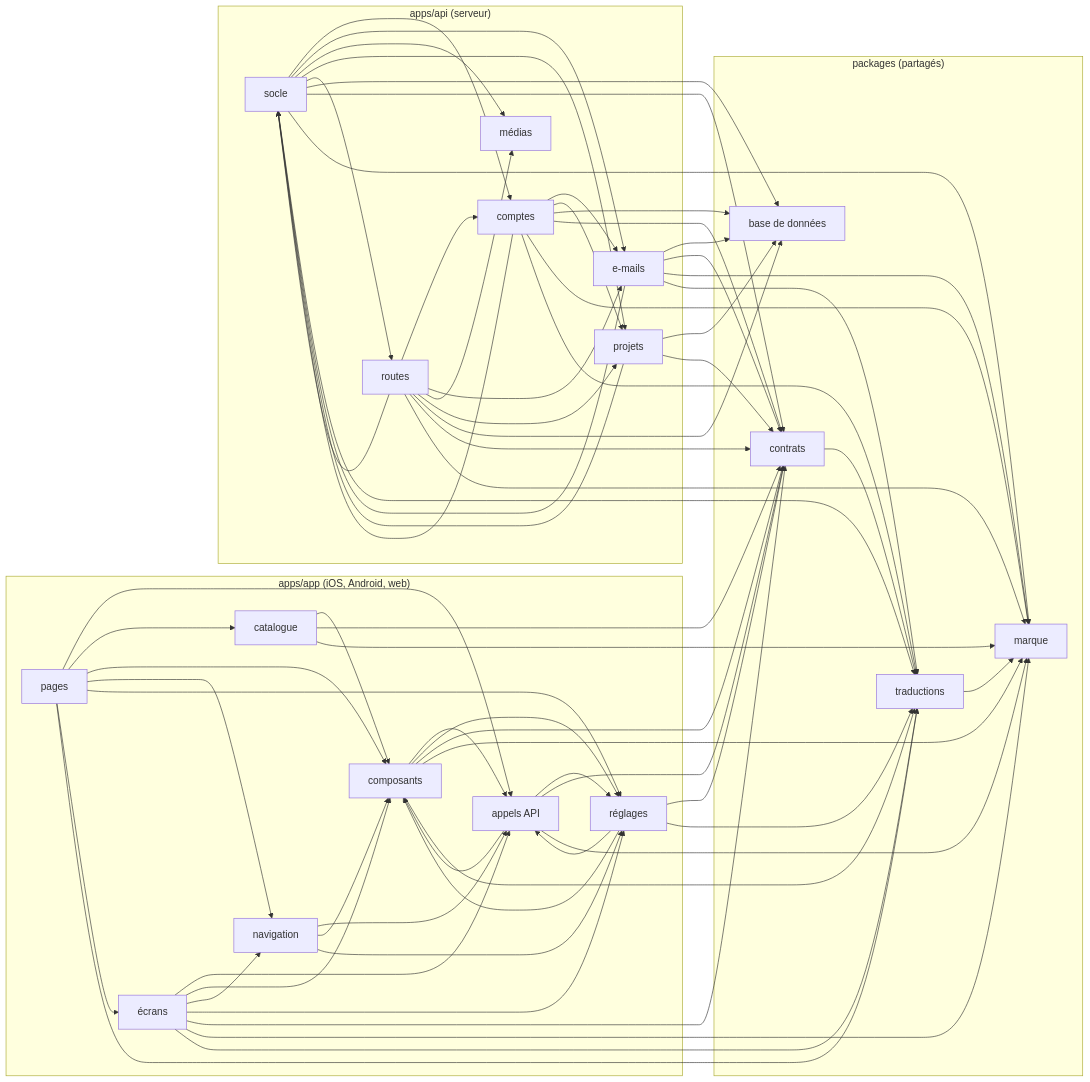
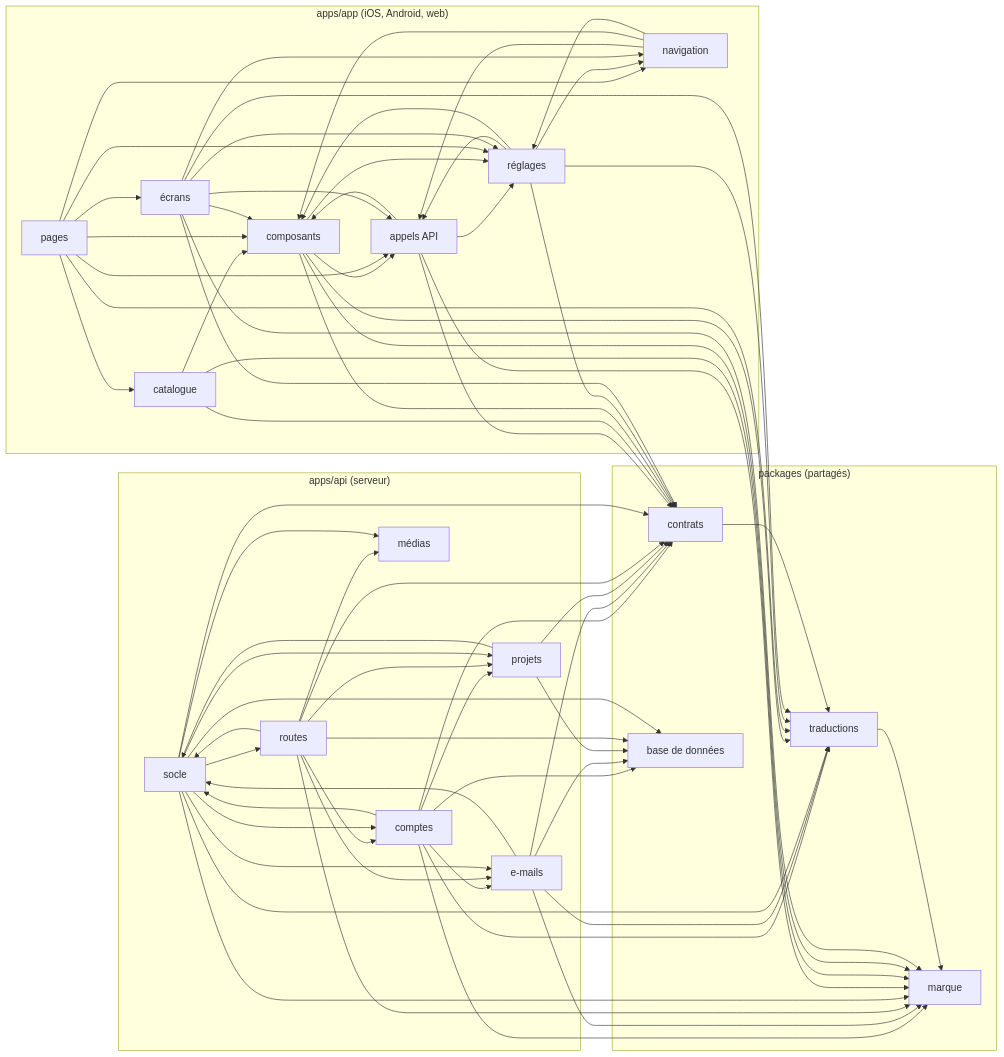
The diagram in docs/architecture/dependances.md (EthogramHQ/Waiggle), drawn with Mermaid before and after one commit.

Commit message:
docs(architecture): redraw the dependencies with the shared block dialog

```diff
--- a/docs/architecture/dependances.md
+++ b/docs/architecture/dependances.md
@@ -85,6 +85,7 @@
   n0 --> n17
   n7 --> n5
   n7 --> n2
+  n7 --> n4
   n7 --> n15
   n7 --> n17
   n1 --> n5
```
